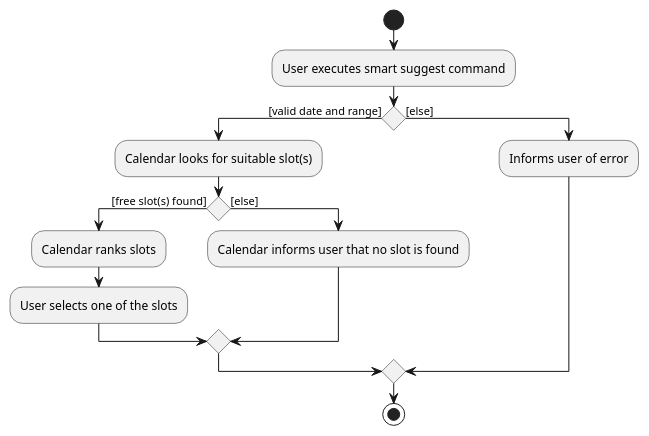
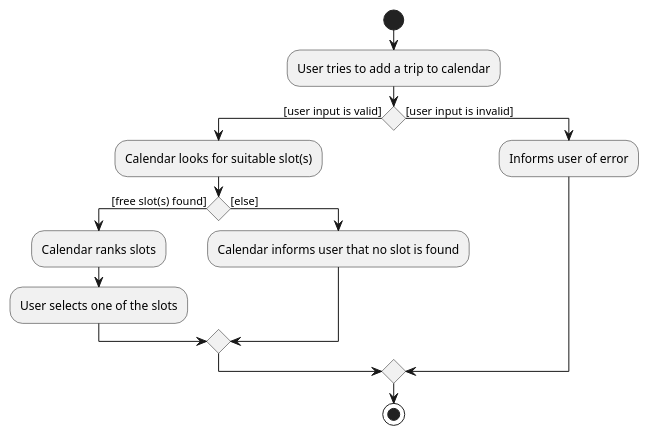
Before and after one commit to nus-cs2103-AY1920S1/addressbook-level3: the diagram in docs/diagrams/calendar/SmartSuggestActivityDiagram.puml, drawn with PlantUML. The commit also changed 1 other file, not shown here.

```diff
--- a/docs/diagrams/calendar/SmartSuggestActivityDiagram.puml
+++ b/docs/diagrams/calendar/SmartSuggestActivityDiagram.puml
@@ -1,18 +1,18 @@
 @startuml
 start
-:User executes smart suggest command;
+:User tries to add a trip to calendar;
 
-if () then ([valid date and range])
+if () then ([user input is valid])
     :Calendar looks for suitable slot(s);
     if () then ([free slot(s) found])
         :Calendar ranks slots;
         :User selects one of the slots;
     else ([else])
         :Calendar informs user that no slot is found;
     endif
 
-else ([else])
+else ([user input is invalid])
     :Informs user of error;
 endif
 stop
 @enduml
```
